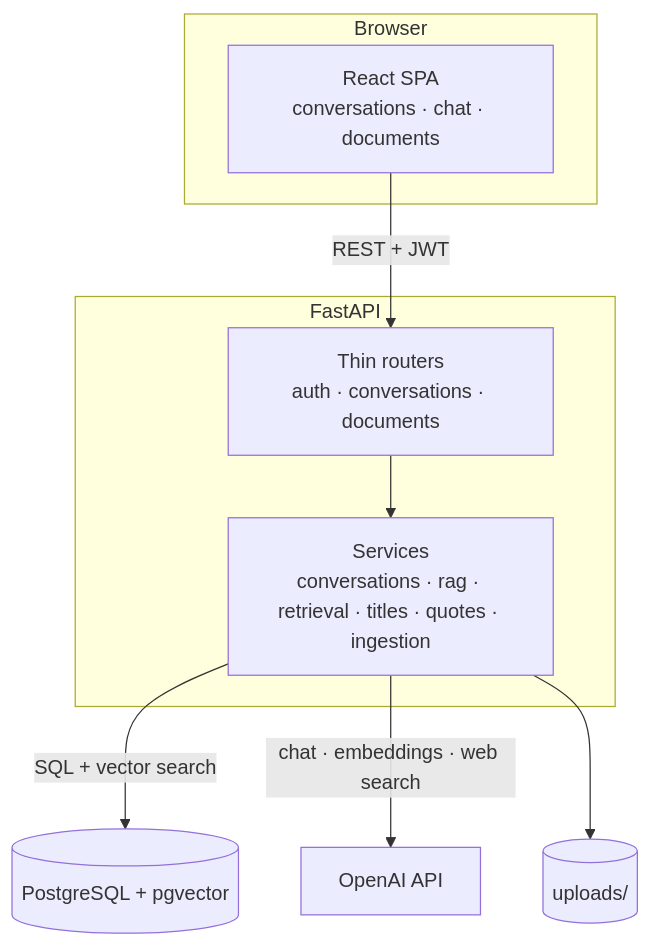
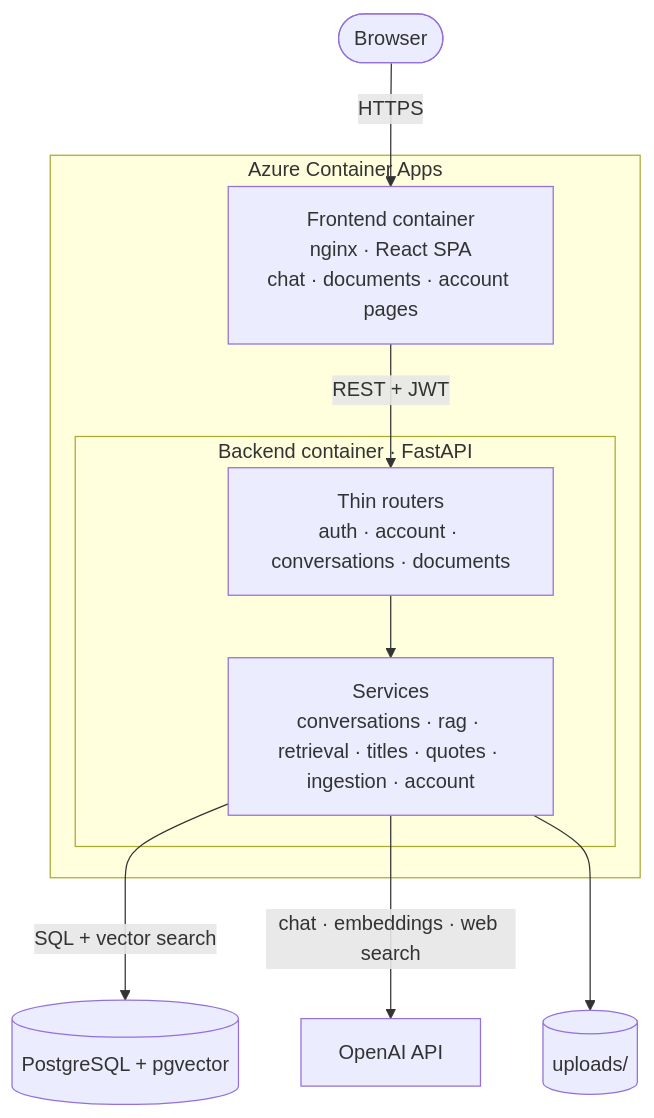
Before and after one commit to SaritNerya/documind-knowledge-assistant: the third of 3 diagrams in README.md, drawn with Mermaid. The commit also changed other lines of this file, not shown here.

First line of the commit message:
Document the Azure deployment and account features in the README

````diff
--- a/README.md
+++ b/README.md
@@ -114,14 +120,15 @@
 ```mermaid
 flowchart TB
-    subgraph Client["Browser"]
-        UI["React SPA<br/>conversations · chat · documents"]
+    U(["Browser"]) -- HTTPS --> FE
+    subgraph ACA["Azure Container Apps"]
+        FE["Frontend container<br/>nginx · React SPA<br/>chat · documents · account pages"]
+        subgraph BE["Backend container · FastAPI"]
+            API["Thin routers<br/>auth · account · conversations · documents"]
+            SVC["Services<br/>conversations · rag · retrieval · titles · quotes · ingestion · account"]
+        end
     end
-    subgraph Server["FastAPI"]
-        API["Thin routers<br/>auth · conversations · documents"]
-        SVC["Services<br/>conversations · rag · retrieval · titles · quotes · ingestion"]
-    end
-    UI -- "REST + JWT" --> API --> SVC
+    FE -- "REST + JWT" --> API --> SVC
     SVC -- "SQL + vector search" --> PG[("PostgreSQL + pgvector")]
     SVC -- "chat · embeddings · web search" --> OAI["OpenAI API"]
     SVC --> FS[("uploads/")]
 ```
````
